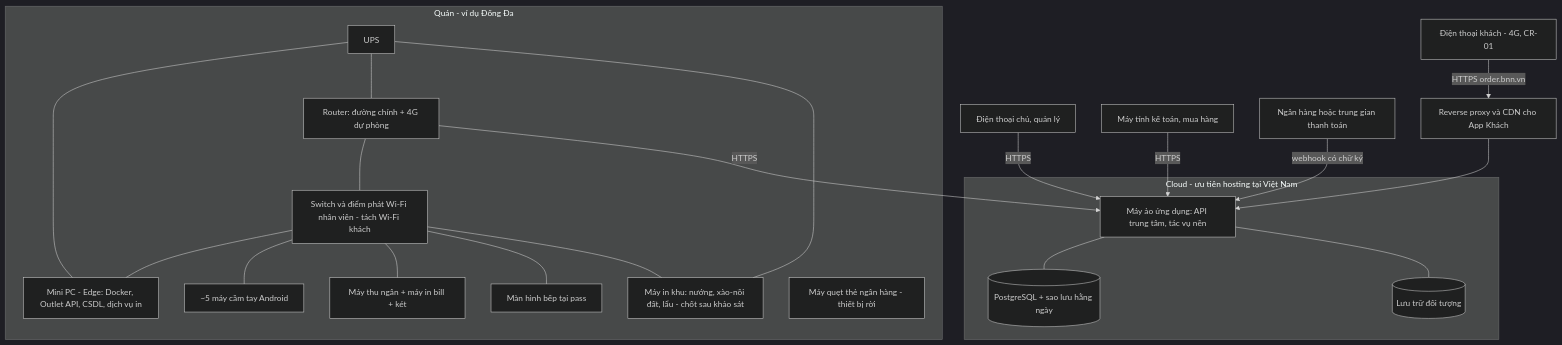
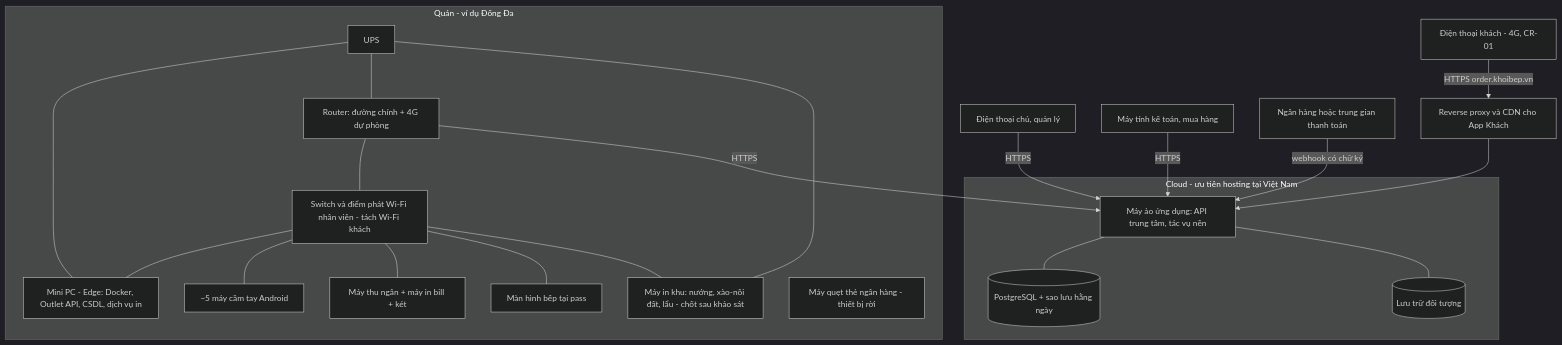
Before and after one commit to Anpham120/restaurant-management-system: the third of 3 diagrams in docs/04-thiet-ke-he-thong/01-kien-truc.md, drawn with Mermaid (dark theme). The commit also changed other lines of this file and 24 other files, not shown here.

````diff
--- a/docs/04-thiet-ke-he-thong/01-kien-truc.md
+++ b/docs/04-thiet-ke-he-thong/01-kien-truc.md
@@ -176,36 +176,36 @@
 ```mermaid
 flowchart TB
     subgraph SHOP["Quán - ví dụ Đống Đa"]
         UPS["UPS"]
         RT["Router: đường chính + 4G dự phòng"]
         SW["Switch và điểm phát Wi-Fi nhân viên - tách Wi-Fi khách"]
         MPC["Mini PC - Edge: Docker, Outlet API, CSDL, dịch vụ in"]
         HHs["~5 máy cầm tay Android"]
         CS["Máy thu ngân + máy in bill + két"]
         KD["Màn hình bếp tại pass"]
         KP["Máy in khu: nướng, xào-nồi đất, lẩu - chốt sau khảo sát"]
         CT["Máy quẹt thẻ ngân hàng - thiết bị rời"]
         UPS --- MPC
         UPS --- RT
         UPS --- KP
         RT --- SW
         SW --- MPC
         SW --- HHs
         SW --- CS
         SW --- KD
         SW --- KP
     end
     subgraph DC["Cloud - ưu tiên hosting tại Việt Nam"]
         VM["Máy ảo ứng dụng: API trung tâm, tác vụ nền"]
         DB[("PostgreSQL + sao lưu hằng ngày")]
         S3[("Lưu trữ đối tượng")]
         VM --- DB
         VM --- S3
     end
     RT -->|HTTPS| VM
     PH["Điện thoại chủ, quản lý"] -->|HTTPS| VM
     PC["Máy tính kế toán, mua hàng"] -->|HTTPS| VM
-    GP["Điện thoại khách - 4G, CR-01"] -->|HTTPS order.bnn.vn| RP["Reverse proxy và CDN cho App Khách"]
+    GP["Điện thoại khách - 4G, CR-01"] -->|HTTPS order.khoibep.vn| RP["Reverse proxy và CDN cho App Khách"]
     RP --> VM
     PROV["Ngân hàng hoặc trung gian thanh toán"] -->|webhook có chữ ký| VM
 ```
````
